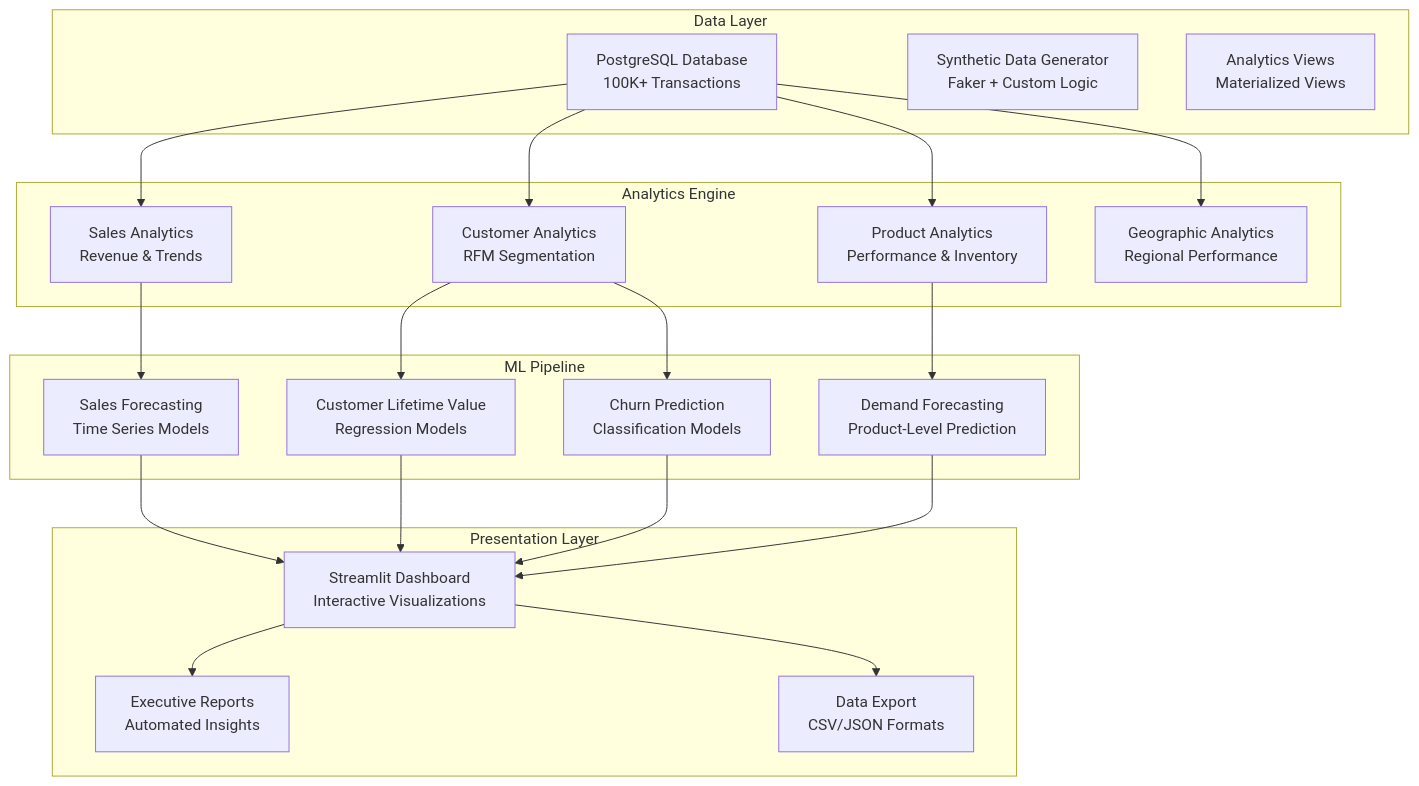
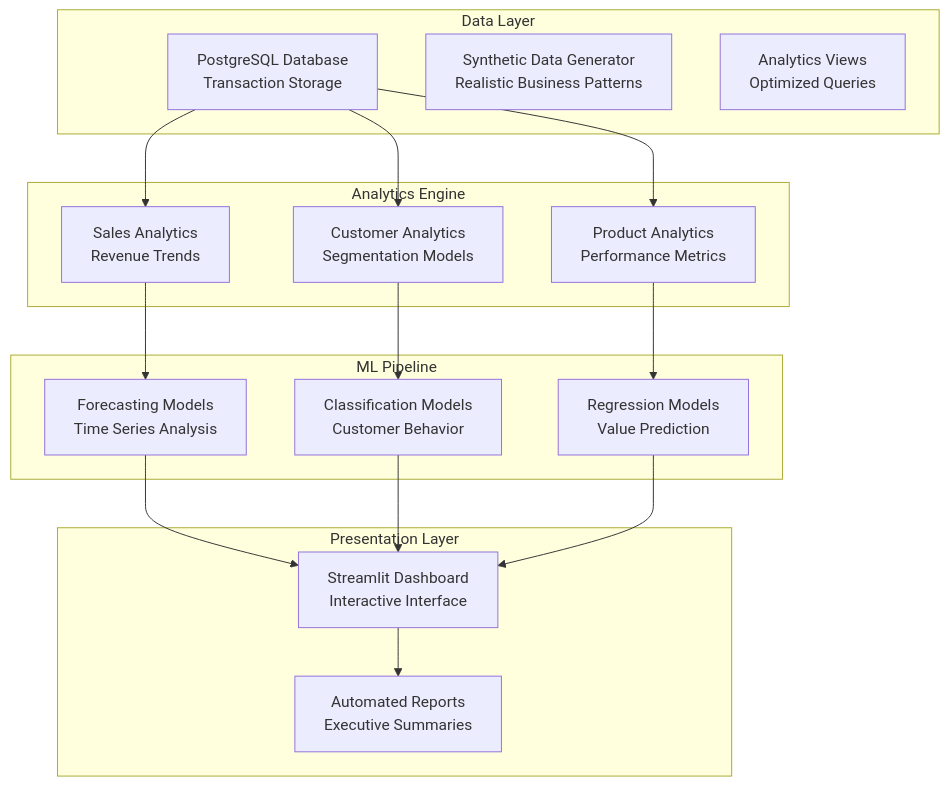
One commit to miasdk/Sales-Analytics-Platform changed the diagram in README.md. Above: the diagram before and after it, drawn with Mermaid. The commit also changed other lines of this file, not shown here.

````diff
--- a/README.md
+++ b/README.md
@@ -164,46 +150,39 @@
 ```mermaid
 graph TB
     subgraph "Data Layer"
-        A[PostgreSQL Database<br/>100K+ Transactions]
-        B[Synthetic Data Generator<br/>Faker + Custom Logic]
-        C[Analytics Views<br/>Materialized Views]
+        A[PostgreSQL Database<br/>Transaction Storage]
+        B[Synthetic Data Generator<br/>Realistic Business Patterns]
+        C[Analytics Views<br/>Optimized Queries]
     end
     
     subgraph "Analytics Engine"
-        D[Sales Analytics<br/>Revenue & Trends]
-        E[Customer Analytics<br/>RFM Segmentation]
-        F[Product Analytics<br/>Performance & Inventory]
-        G[Geographic Analytics<br/>Regional Performance]
+        D[Sales Analytics<br/>Revenue Trends]
+        E[Customer Analytics<br/>Segmentation Models]
+        F[Product Analytics<br/>Performance Metrics]
     end
     
     subgraph "ML Pipeline"
-        H[Sales Forecasting<br/>Time Series Models]
-        I[Customer Lifetime Value<br/>Regression Models]
-        J[Churn Prediction<br/>Classification Models]
-        K[Demand Forecasting<br/>Product-Level Prediction]
+        G[Forecasting Models<br/>Time Series Analysis]
+        H[Classification Models<br/>Customer Behavior]
+        I[Regression Models<br/>Value Prediction]
     end
     
     subgraph "Presentation Layer"
-        L[Streamlit Dashboard<br/>Interactive Visualizations]
-        M[Executive Reports<br/>Automated Insights]
-        N[Data Export<br/>CSV/JSON Formats]
+        J[Streamlit Dashboard<br/>Interactive Interface]
+        K[Automated Reports<br/>Executive Summaries]
     end
     
     A --> D
     A --> E
     A --> F
-    A --> G
     
-    D --> H
-    E --> I
-    E --> J
-    F --> K
+    D --> G
+    E --> H
+    F --> I
     
-    H --> L
-    I --> L
-    J --> L
-    K --> L
+    G --> J
+    H --> J
+    I --> J
     
-    L --> M
-    L --> N
+    J --> K
 ```
````
